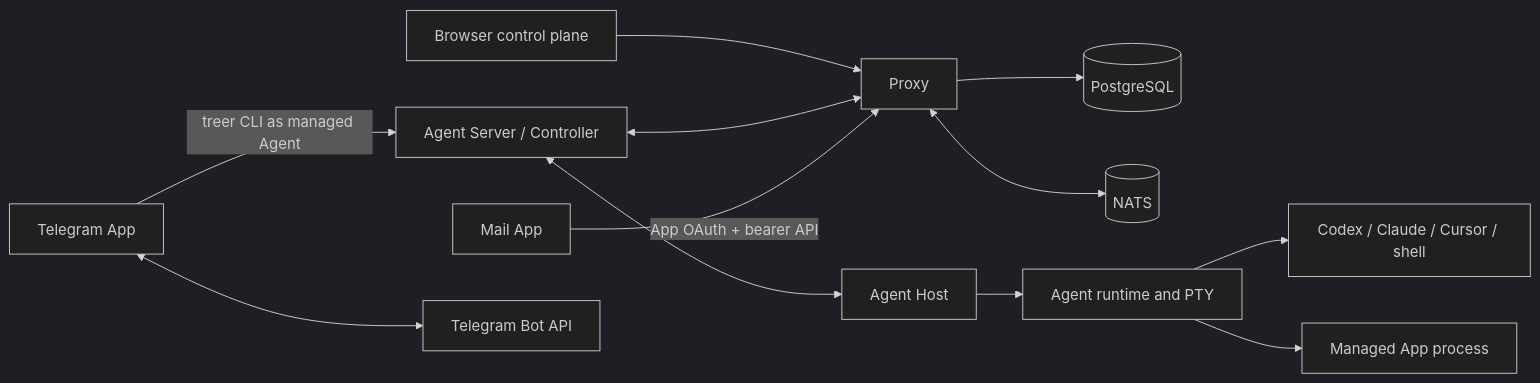
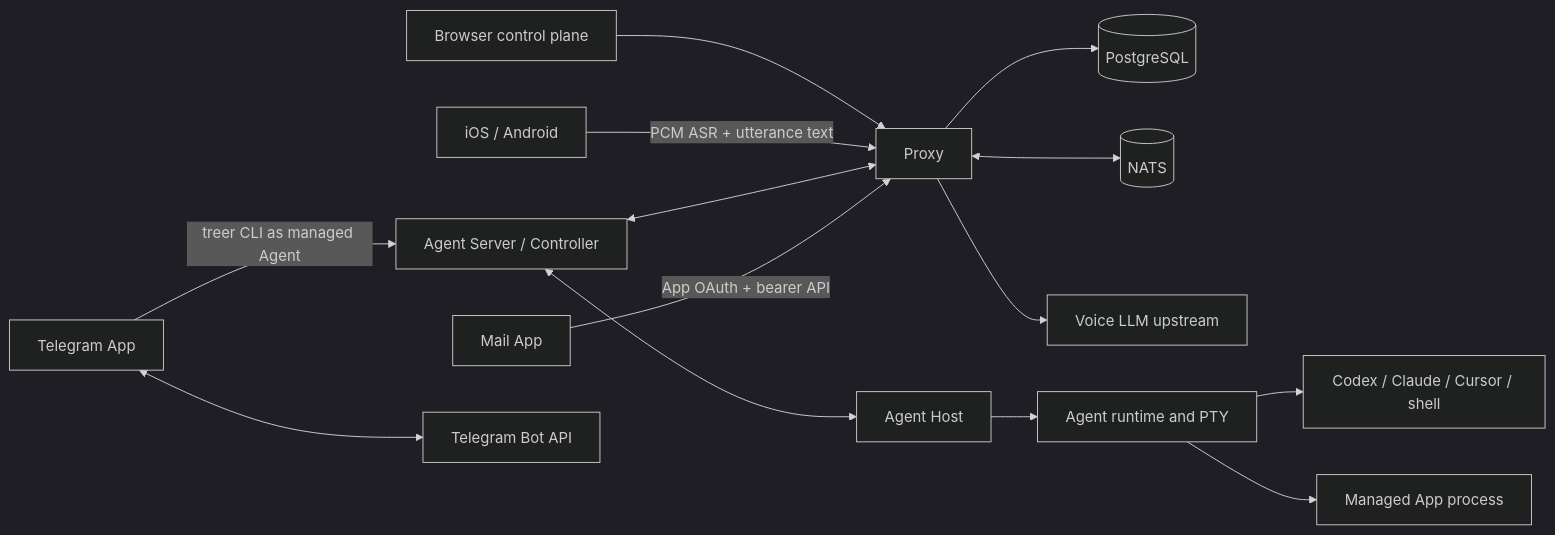
The diagram in docs/architecture.md (EvoEvolver/treer), drawn with Mermaid (dark theme) before and after one commit. The commit also changed other lines of this file and 23 other files, not shown here.

First line of the commit message:
feat: add mobile sessions, abort, and Voice ASR

````diff
--- a/docs/architecture.md
+++ b/docs/architecture.md
@@ -5,14 +5,16 @@
 ```mermaid
 flowchart LR
     Web[Browser control plane] --> Proxy[Proxy]
+    Phone[iOS / Android] -->|PCM ASR + utterance text| Proxy
     Proxy --> DB[(PostgreSQL)]
     Proxy <--> NATS[(NATS)]
+    Proxy --> VoiceLLM[Voice LLM upstream]
     Controller[Agent Server / Controller] <--> Proxy
     Controller <--> Host[Agent Host]
     Host --> Runtime[Agent runtime and PTY]
     Runtime --> Agent[Codex / Claude / Cursor / shell]
     Runtime --> ManagedApp[Managed App process]
     Mail[Mail App] -->|App OAuth + bearer API| Proxy
     Telegram[Telegram App] -->|treer CLI as managed Agent| Controller
     Telegram <--> TG[Telegram Bot API]
 ```
````
